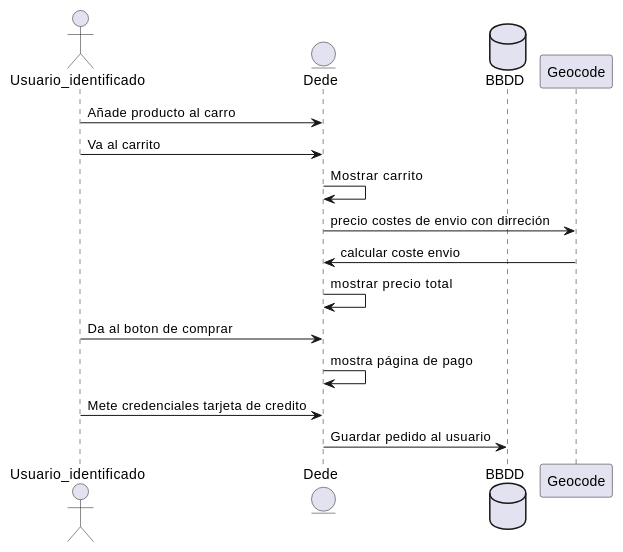
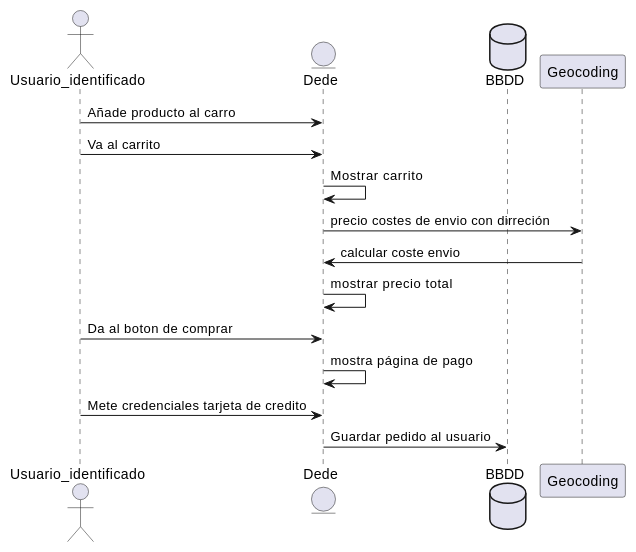
One commit to Arquisoft/dede_es1c changed the sixth of 6 diagrams in docs/06_runtime_view.adoc. Above: the diagram before and after it, drawn with PlantUML. The commit also changed other lines of this file and 8 other files, not shown here.

```diff
--- a/docs/06_runtime_view.adoc
+++ b/docs/06_runtime_view.adoc
@@ -83,18 +83,18 @@
 [plantuml,"Compra_diagrama",png]
 ----
 @startuml
 actor Usuario_identificado
 entity Dede
 database BBDD
 Usuario_identificado-> Dede: Añade producto al carro
 Usuario_identificado-> Dede: Va al carrito
 Dede->Dede:Mostrar carrito
-Dede->Geocode:precio costes de envio con dirreción
-Geocode->Dede:calcular coste envio
+Dede->Geocoding:precio costes de envio con dirreción
+Geocoding->Dede:calcular coste envio
 Dede->Dede:mostrar precio total
 Usuario_identificado-> Dede: Da al boton de comprar
 Dede->Dede:mostra página de pago
 Usuario_identificado-> Dede: Mete credenciales tarjeta de credito
 Dede->BBDD:Guardar pedido al usuario
 @endtuml
 ----
```
